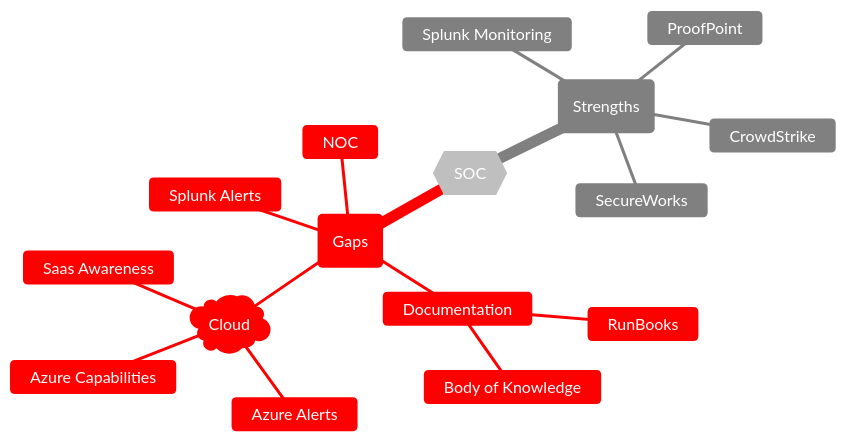
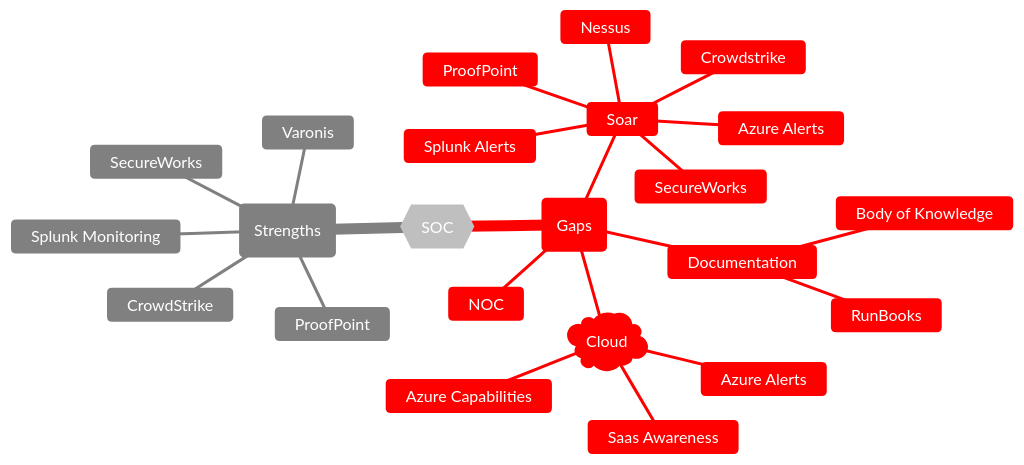
One commit to stahler/MermaidDiagrams changed the diagram in SOCGaps.md. Above: the diagram before and after it, drawn with Mermaid. The commit also changed 1 other file, not shown here.

Commit message:
Update from meeting notes

````diff
--- a/SOCGaps.md
+++ b/SOCGaps.md
@@ -1,20 +1,28 @@
 ```mermaid
 %%{init:{'theme':'base', 'themeVariables': {'primaryColor':'#FFFFFF','primaryTextColor':'#FFFFFF','cScale1':'#808080','cScale2':'#ff0000'}}}%%
 mindmap
     root{{SOC}}
         (Strengths)
             CrowdStrike
             ProofPoint
             SecureWorks
             Splunk Monitoring
+            Varonis
         (Gaps)
-            Splunk Alerts
+            Soar
+                Azure Alerts
+                Crowdstrike
+                Splunk Alerts
+                Nessus
+                ProofPoint
+                SecureWorks
             Documentation
                 Body of Knowledge
                 RunBooks
             id)Cloud( 
                 Azure Alerts
                 Azure Capabilities
                 Saas Awareness
             NOC
+
 ```
````
